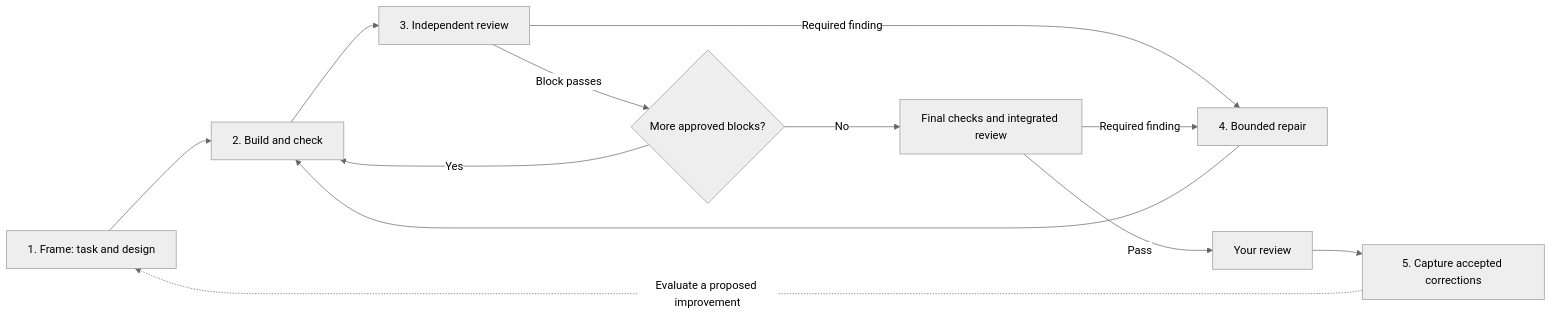
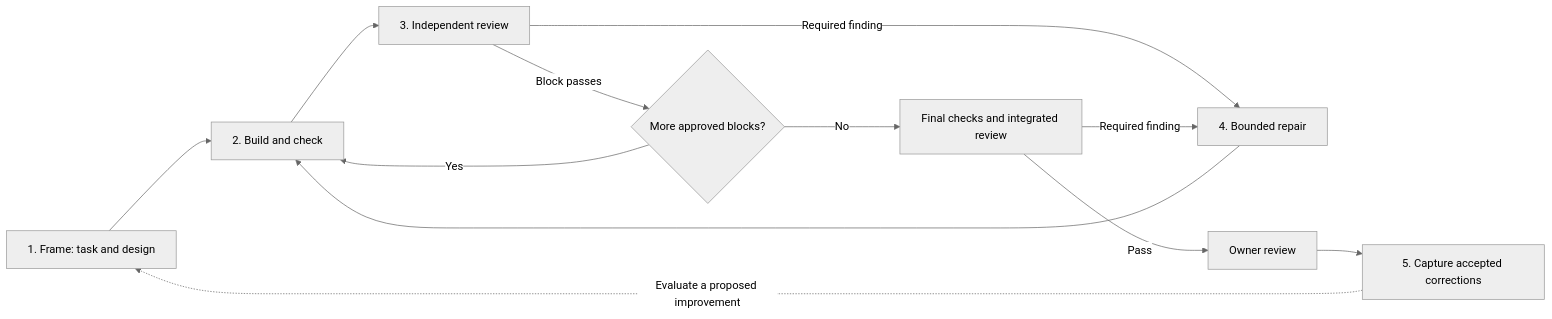
Before and after one commit to chesaman12/agent-workflow: the diagram in docs/GUIDE.md, drawn with Mermaid (neutral theme). The commit also changed other lines of this file and 4 other files, not shown here.

````diff
--- a/docs/GUIDE.md
+++ b/docs/GUIDE.md
@@ -19,14 +19,14 @@
 ```mermaid
 flowchart LR
   A[1. Frame: task and design] --> B[2. Build and check]
   B --> C[3. Independent review]
   C -->|Required finding| D[4. Bounded repair]
   D --> B
   C -->|Block passes| Q{More approved blocks?}
   Q -->|Yes| B
   Q -->|No| F[Final checks and integrated review]
   F -->|Required finding| D
-  F -->|Pass| H[Your review]
+  F -->|Pass| H[Owner review]
   H --> E[5. Capture accepted corrections]
   E -. Evaluate a proposed improvement .-> A
 ```
````
